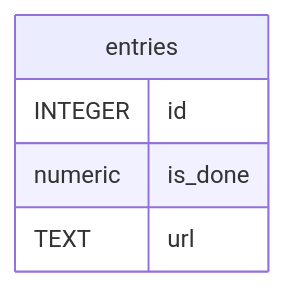
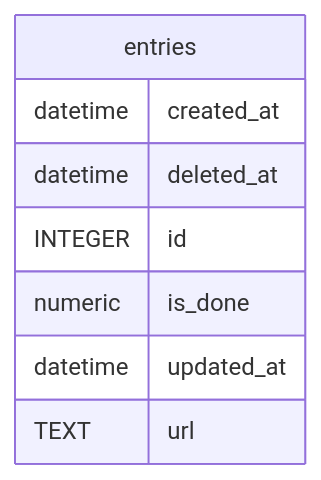
The diagram in docs/dbschema/README.md (kijimaD/squall), drawn with Mermaid before and after one commit. The commit also changed other lines of this file and 2 other files, not shown here.

Commit message:
chore: make tbls

````diff
--- a/docs/dbschema/README.md
+++ b/docs/dbschema/README.md
@@ -11,10 +11,13 @@
 ```mermaid
 erDiagram
 
 
 "entries" {
+  datetime created_at
+  datetime deleted_at
   INTEGER id
   numeric is_done
+  datetime updated_at
   TEXT url
 }
 ```
````
